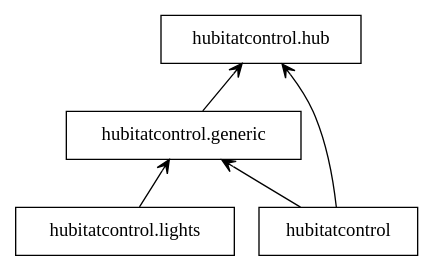
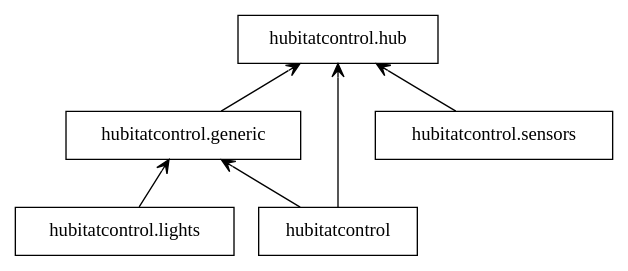
One commit to Jelloeater/hubitatcontrol changed the diagram in docs/packages.dot. Above: the diagram before and after it, drawn with Graphviz. The commit also changed 11 other files, not shown here.

Commit message:
Added TODOs for Roadmaps

```diff
--- a/docs/packages.dot
+++ b/docs/packages.dot
@@ -1,12 +1,14 @@
 digraph "packages" {
 rankdir=BT
 charset="utf-8"
 "hubitatcontrol" [color="black", label=<hubitatcontrol>, shape="box", style="solid"];
 "hubitatcontrol.generic" [color="black", label=<hubitatcontrol.generic>, shape="box", style="solid"];
 "hubitatcontrol.hub" [color="black", label=<hubitatcontrol.hub>, shape="box", style="solid"];
 "hubitatcontrol.lights" [color="black", label=<hubitatcontrol.lights>, shape="box", style="solid"];
+"hubitatcontrol.sensors" [color="black", label=<hubitatcontrol.sensors>, shape="box", style="solid"];
 "hubitatcontrol" -> "hubitatcontrol.generic" [arrowhead="open", arrowtail="none"];
 "hubitatcontrol" -> "hubitatcontrol.hub" [arrowhead="open", arrowtail="none"];
 "hubitatcontrol.generic" -> "hubitatcontrol.hub" [arrowhead="open", arrowtail="none"];
 "hubitatcontrol.lights" -> "hubitatcontrol.generic" [arrowhead="open", arrowtail="none"];
+"hubitatcontrol.sensors" -> "hubitatcontrol.hub" [arrowhead="open", arrowtail="none"];
 }
```
